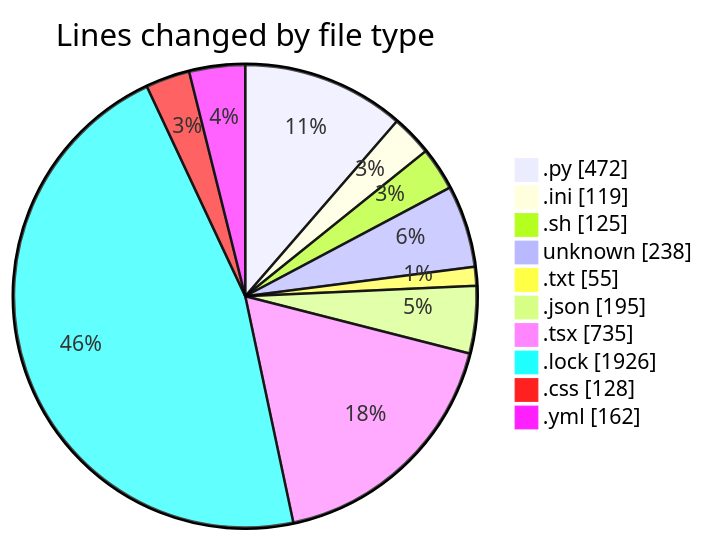
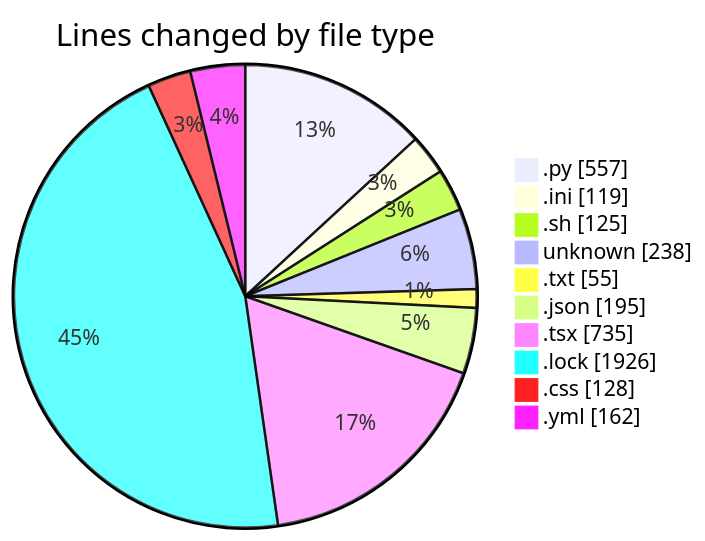
Before and after one commit to Elitesun/code-tracking: the first of 2 diagrams in 2025-05-12/niten/README.md, drawn with Mermaid. The commit also changed other lines of this file and 1 other file, not shown here.

````diff
--- a/2025-05-12/niten/README.md
+++ b/2025-05-12/niten/README.md
@@ -38,14 +38,14 @@
 ```mermaid
 pie showData
 title Lines changed by file type
-".py" : 472
+".py" : 557
 ".ini" : 119
 ".sh" : 125
 "unknown" : 238
 ".txt" : 55
 ".json" : 195
 ".tsx" : 735
 ".lock" : 1926
 ".css" : 128
 ".yml" : 162
 ```
````
